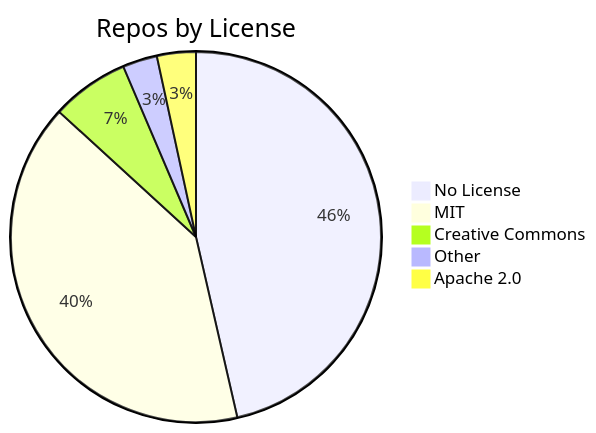
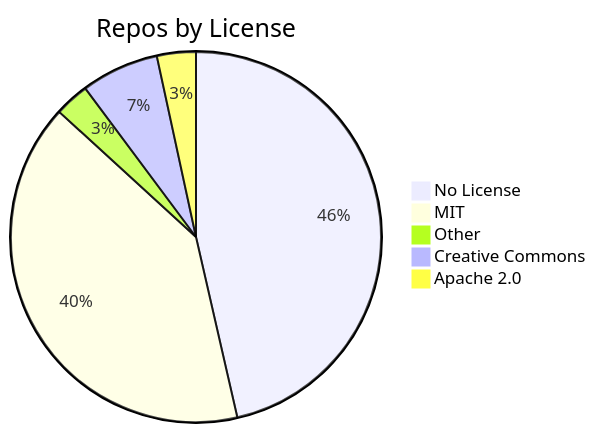
Before and after one commit to jpatterson933/awesome-mcp-server-repo-index: the diagram in README.md, drawn with Mermaid. The commit also changed other lines of this file and 3 other files, not shown here.

````diff
--- a/README.md
+++ b/README.md
@@ -29,8 +29,8 @@
 ```mermaid
 pie title Repos by License
     "No License" : 123
     "MIT" : 107
+    "Other" : 8
     "Creative Commons" : 18
-    "Other" : 8
     "Apache 2.0" : 9
 ```
````
